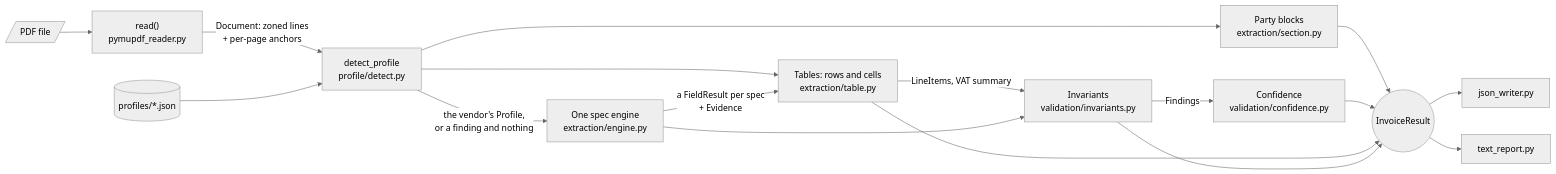
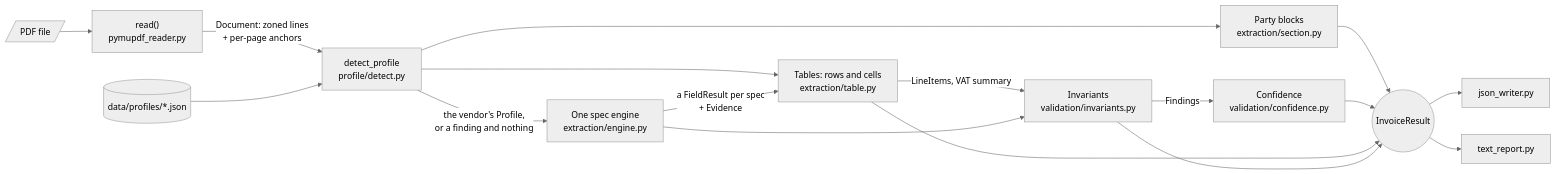
Before and after one commit to lorenzo265/Invoice_Extract: the diagram in README.md, drawn with Mermaid (neutral theme). The commit also changed other lines of this file and 75 other files, not shown here.

````diff
--- a/README.md
+++ b/README.md
@@ -125,19 +126,19 @@
 ```mermaid
 flowchart LR
     PDF[/PDF file/] --> Reader["read()<br/>pymupdf_reader.py"]
     Reader -->|"Document: zoned lines<br/>+ per-page anchors"| Detect["detect_profile<br/>profile/detect.py"]
-    Profiles[("profiles/*.json")] --> Detect
+    Profiles[("data/profiles/*.json")] --> Detect
     Detect -->|"the vendor's Profile,<br/>or a finding and nothing"| Engine["One spec engine<br/>extraction/engine.py"]
     Detect --> Blocks["Party blocks<br/>extraction/section.py"]
     Detect --> Items
     Engine -->|"a FieldResult per spec<br/>+ Evidence"| Items["Tables: rows and cells<br/>extraction/table.py"]
     Items -->|"LineItems, VAT summary"| Inv["Invariants<br/>validation/invariants.py"]
     Blocks --> Result
     Engine --> Inv
     Inv -->|"Findings"| Conf["Confidence<br/>validation/confidence.py"]
     Conf --> Result(("InvoiceResult"))
     Items --> Result
     Inv --> Result
     Result --> JSONOut["json_writer.py"]
     Result --> ReportOut["text_report.py"]
 ```
````
